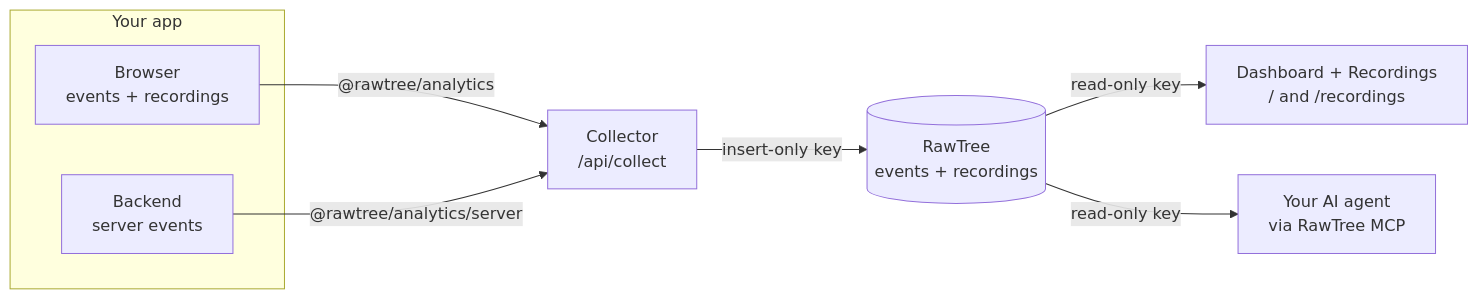
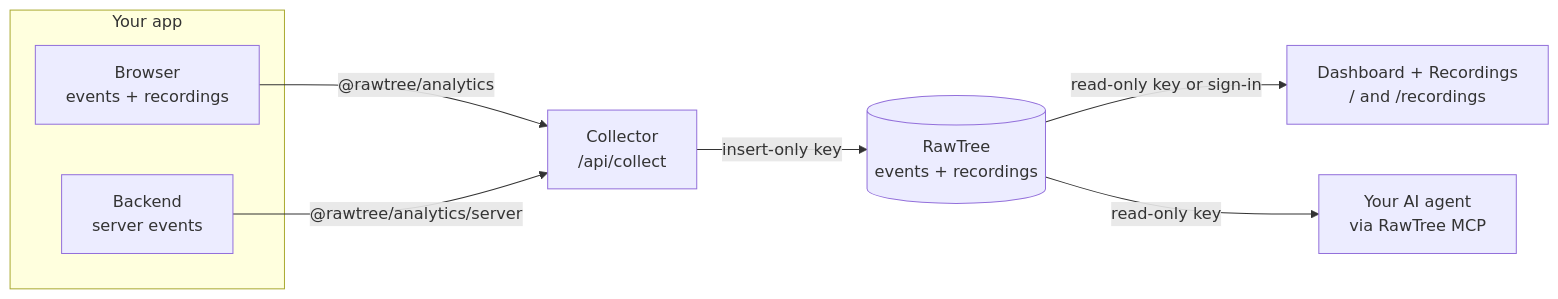
One commit to rawtreedb/rawtree-web-analytics changed the diagram in README.md. Above: the diagram before and after it, drawn with Mermaid. The commit also changed other lines of this file and 22 other files, not shown here.

First line of the commit message:
Sign in with Vercel Connect or an API key

````diff
--- a/README.md
+++ b/README.md
@@ -17,18 +17,18 @@
 ```mermaid
 flowchart LR
   subgraph app["Your app"]
     browser["Browser<br/>events + recordings"]
     backend["Backend<br/>server events"]
   end
 
   collector["Collector<br/>/api/collect"]
   tables[("RawTree<br/>events + recordings")]
   dashboard["Dashboard + Recordings<br/>/ and /recordings"]
   agent["Your AI agent<br/>via RawTree MCP"]
 
   browser -- "@rawtree/analytics" --> collector
   backend -- "@rawtree/analytics/server" --> collector
   collector -- "insert-only key" --> tables
-  tables -- "read-only key" --> dashboard
+  tables -- "read-only key or sign-in" --> dashboard
   tables -- "read-only key" --> agent
 ```
````
